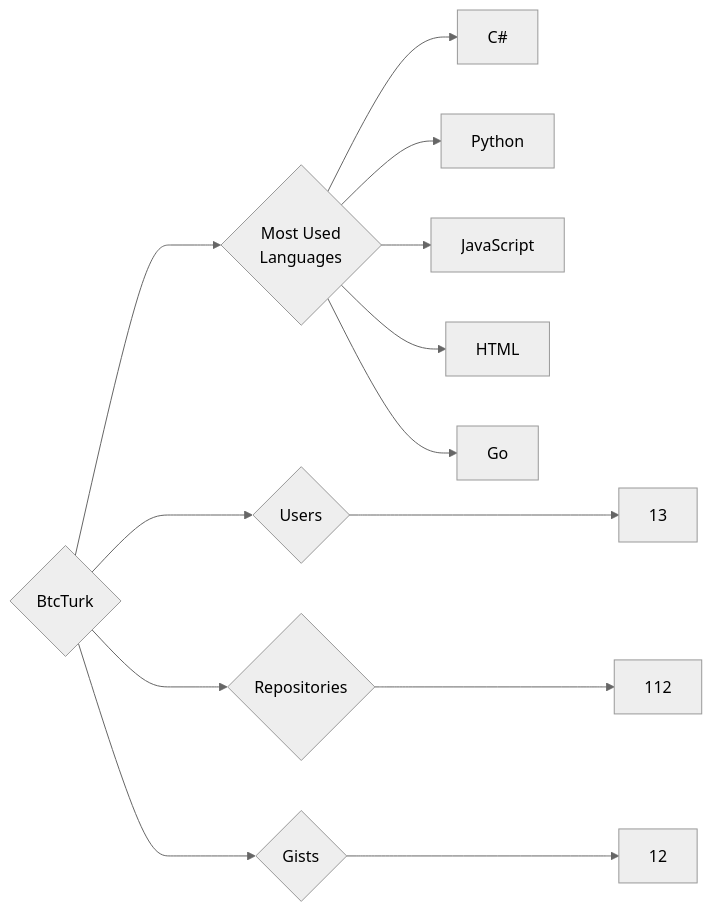
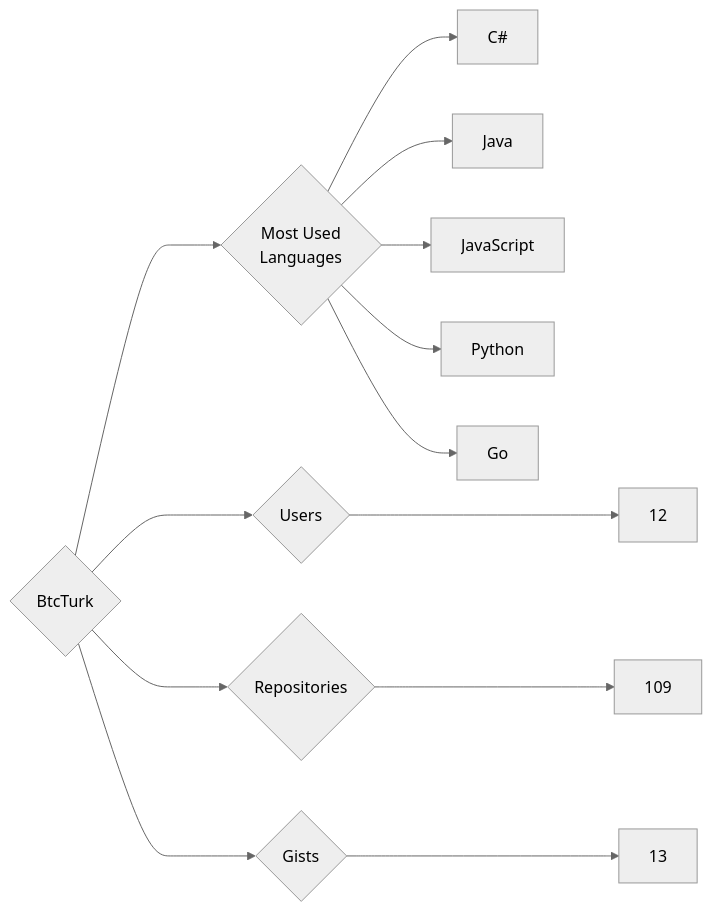
One commit to trickest/insiders changed the diagram in targets/BtcTurk/README.md. Above: the diagram before and after it, drawn with Mermaid (neutral theme). The commit also changed 809 other files, not shown here.

````diff
--- a/targets/BtcTurk/README.md
+++ b/targets/BtcTurk/README.md
@@ -3,13 +3,13 @@
 ```mermaid
 graph LR
 COMPANY_NAME{BtcTurk}
-COMPANY_NAME ---> U{Users} ---> UN[13]
-COMPANY_NAME ---> R{Repositories} ---> RN[112]
-COMPANY_NAME ---> G{Gists} ---> GN[12]
+COMPANY_NAME ---> U{Users} ---> UN[12]
+COMPANY_NAME ---> R{Repositories} ---> RN[109]
+COMPANY_NAME ---> G{Gists} ---> GN[13]
 COMPANY_NAME ---> ML{Most Used<br>Languages}
 ML --> C#[C#]
+ML --> Java[Java]
+ML --> JavaScript[JavaScript]
 ML --> Python[Python]
-ML --> JavaScript[JavaScript]
-ML --> HTML[HTML]
 ML --> Go[Go]
 ```
````
